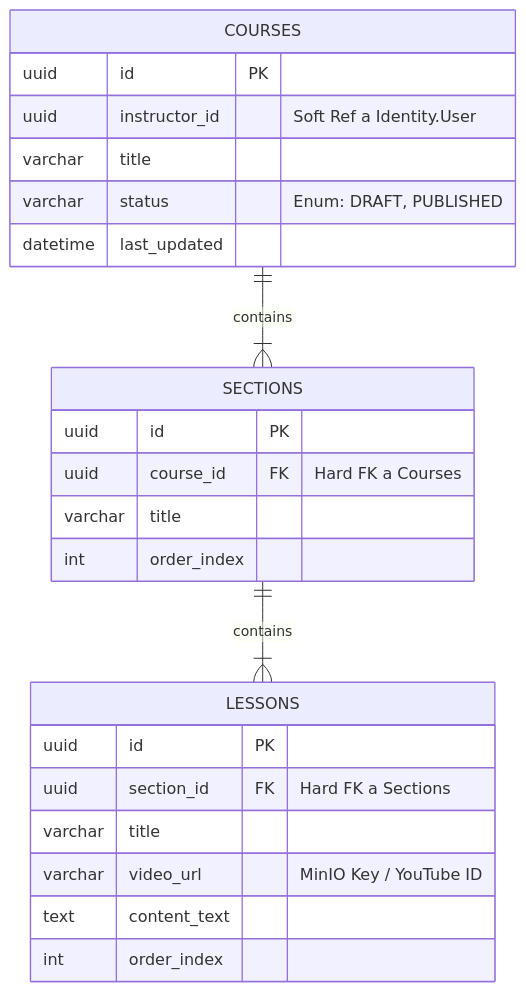
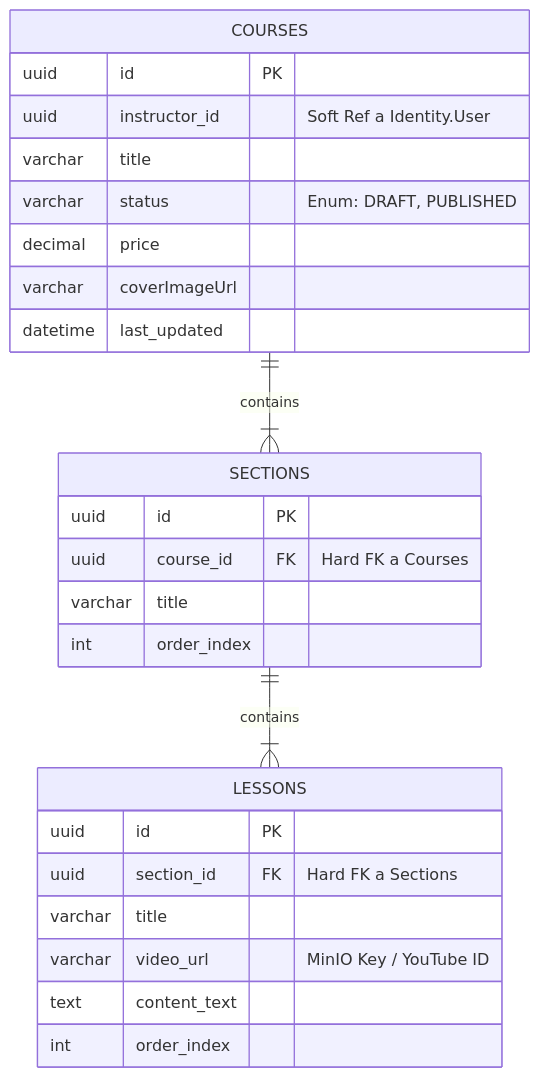
Before and after one commit to LucaLzt/OpenLearning: the second of 4 diagrams in docs/architecture/database-erd.md, drawn with Mermaid. The commit also changed 18 other files, not shown here.

````diff
--- a/docs/architecture/database-erd.md
+++ b/docs/architecture/database-erd.md
@@ -53,30 +53,32 @@
 ```mermaid
 erDiagram
     %% --- CONTENT CONTEXT ---
     COURSES {
         uuid id PK
         uuid instructor_id "Soft Ref a Identity.User"
         varchar title
         varchar status "Enum: DRAFT, PUBLISHED"
+        decimal price
+        varchar coverImageUrl
         datetime last_updated
     }
 
     SECTIONS {
         uuid id PK
         uuid course_id FK "Hard FK a Courses"
         varchar title
         int order_index
     }
 
     LESSONS {
         uuid id PK
         uuid section_id FK "Hard FK a Sections"
         varchar title
         varchar video_url "MinIO Key / YouTube ID"
         text content_text
         int order_index
     }
 
     COURSES ||--|{ SECTIONS: contains
     SECTIONS ||--|{ LESSONS: contains
 ```
````
